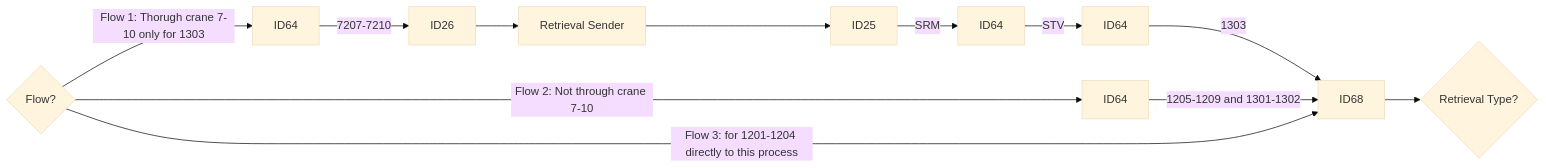
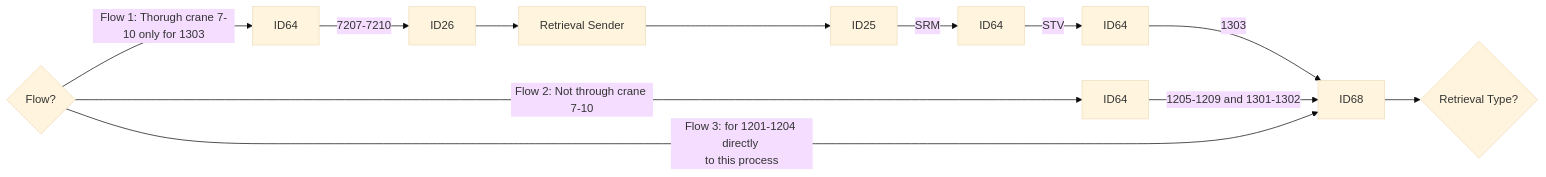
One commit to luthfiadityaa/SimeDarby-Wiki changed the third of 21 diagrams in Basic-Design/DFD-WMS/Retrieval/Specific-Location-Retrieval-Setting.md. Above: the diagram before and after it, drawn with Mermaid (base theme).

Commit message:
Updated Specific Location Retrieval Setting

```diff
--- a/Basic-Design/DFD-WMS/Retrieval/Specific-Location-Retrieval-Setting.md
+++ b/Basic-Design/DFD-WMS/Retrieval/Specific-Location-Retrieval-Setting.md
@@ -26,11 +26,12 @@
 ::: mermaid
 flowchart LR
 
 Cond1{Flow?} 
 
 Cond1{Flow?}--> |Flow 1: Thorugh crane 7-10 only for 1303| P5[ID64]--> |7207-7210| P8[ID26]-->P9[Retrieval Sender]-->P10[ID25]--> |SRM| P11[ID64]--> |STV| P12[ID64]--> |1303| P7[ID68]
 Cond1{Flow?}--> |Flow 2: Not through crane 7-10| P6[ID64]--> |1205-1209 and 1301-1302| P7[ID68]
-Cond1{Flow?}--> |Flow 3: for 1201-1204 directly to this process| P7[ID68]
+Cond1{Flow?}--> |Flow 3: for 1201-1204 directly 
+to this process| P7[ID68]
 
 P7[ID68]-->Cond2{Retrieval Type?} 
 :::
```
